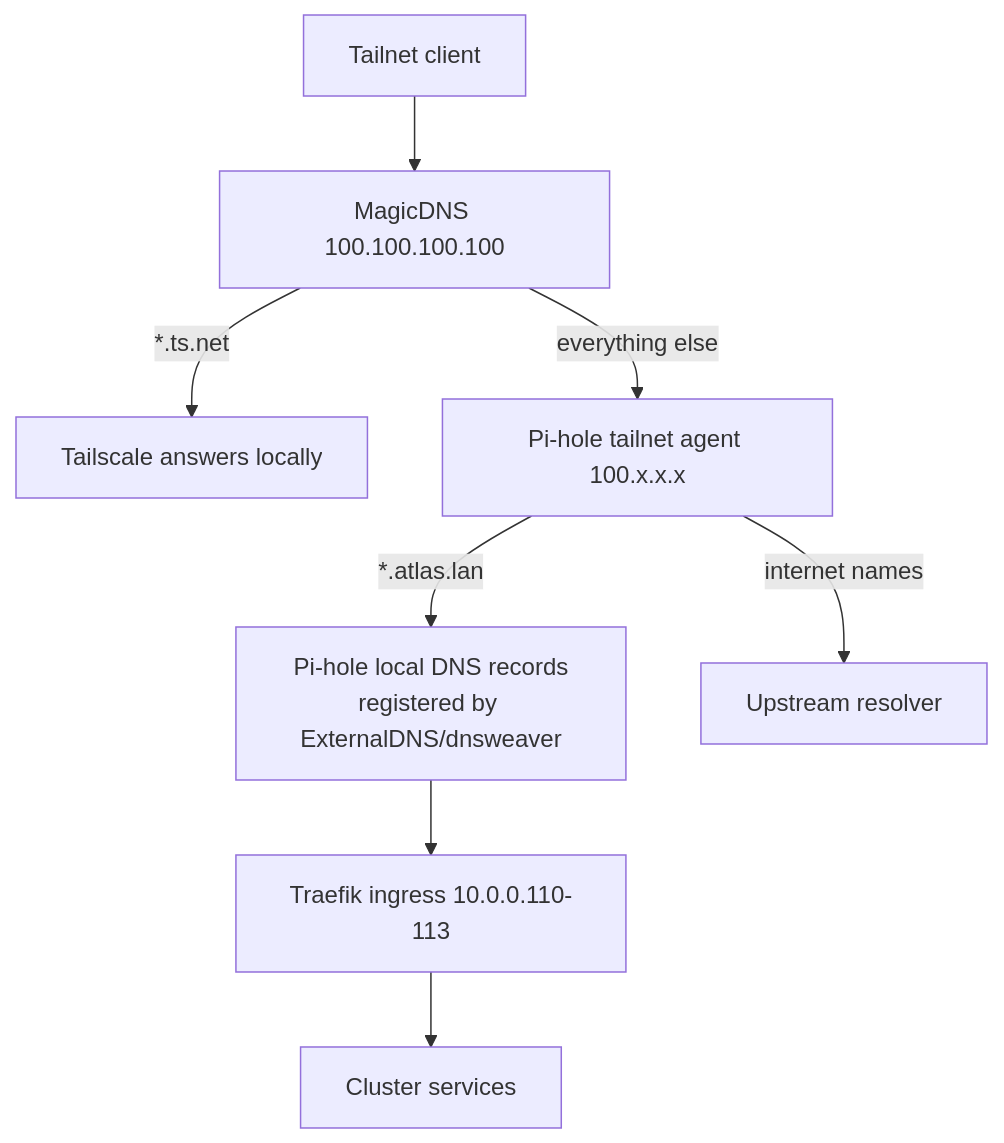
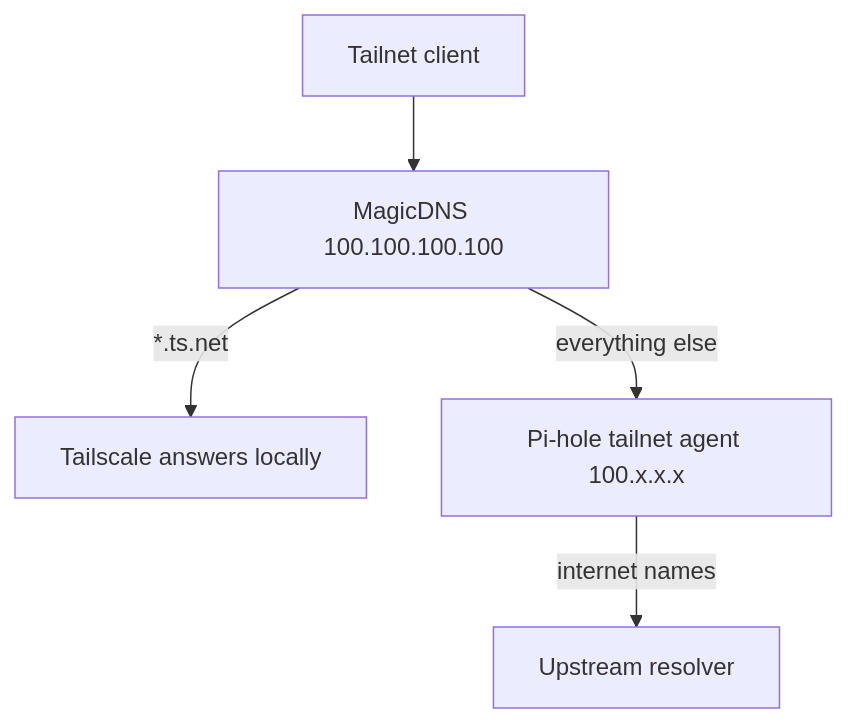
The first of 2 diagrams in docs/adr/0001-service-naming-and-reachability.md (211lab/atlas), drawn with Mermaid before and after one commit. The commit also changed other lines of this file and 25 other files, not shown here.

````diff
--- a/docs/adr/0001-service-naming-and-reachability.md
+++ b/docs/adr/0001-service-naming-and-reachability.md
@@ -74,10 +74,7 @@
 ```mermaid
 flowchart TD
     C[Tailnet client] --> MD[MagicDNS 100.100.100.100]
     MD -->|*.ts.net| TS[Tailscale answers locally]
     MD -->|everything else| PH[Pi-hole tailnet agent 100.x.x.x]
-    PH -->|*.atlas.lan| REC[Pi-hole local DNS records<br/>registered by ExternalDNS/dnsweaver]
     PH -->|internet names| UP[Upstream resolver]
-    REC --> TR[Traefik ingress 10.0.0.110-113]
-    TR --> SVC[Cluster services]
 ```
````
